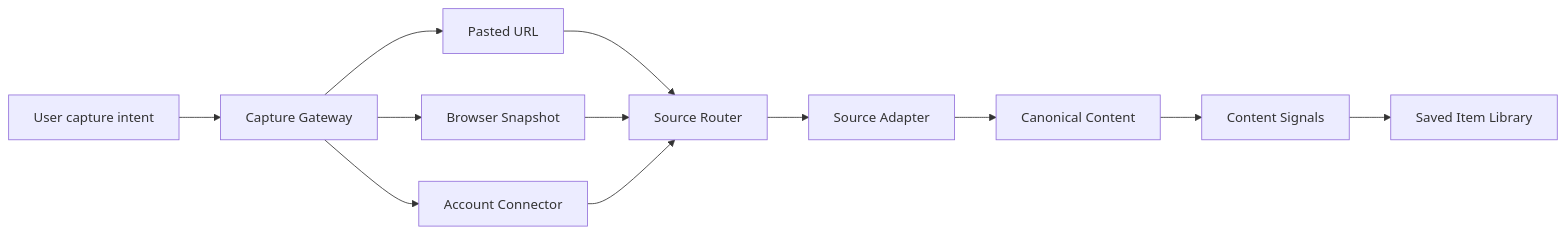
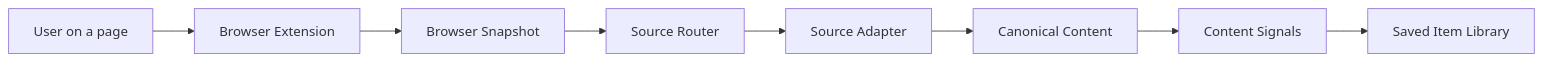
One commit to c0sc0s/Hunter changed the diagram in docs/SYSTEM_REDESIGN.md. Above: the diagram before and after it, drawn with Mermaid. The commit also changed other lines of this file and 166 other files, not shown here.

````diff
--- a/docs/SYSTEM_REDESIGN.md
+++ b/docs/SYSTEM_REDESIGN.md
@@ -9,14 +9,10 @@
 ```mermaid
 flowchart LR
-  User["User capture intent"] --> Capture["Capture Gateway"]
-  Capture --> URL["Pasted URL"]
-  Capture --> Snapshot["Browser Snapshot"]
-  Capture --> Connector["Account Connector"]
-  URL --> Router["Source Router"]
-  Snapshot --> Router
-  Connector --> Router
+  User["User on a page"] --> Extension["Browser Extension"]
+  Extension --> Snapshot["Browser Snapshot"]
+  Snapshot --> Router["Source Router"]
   Router --> Adapter["Source Adapter"]
   Adapter --> Extract["Canonical Content"]
   Extract --> Signals["Content Signals"]
   Signals --> Library["Saved Item Library"]
 ```
````
